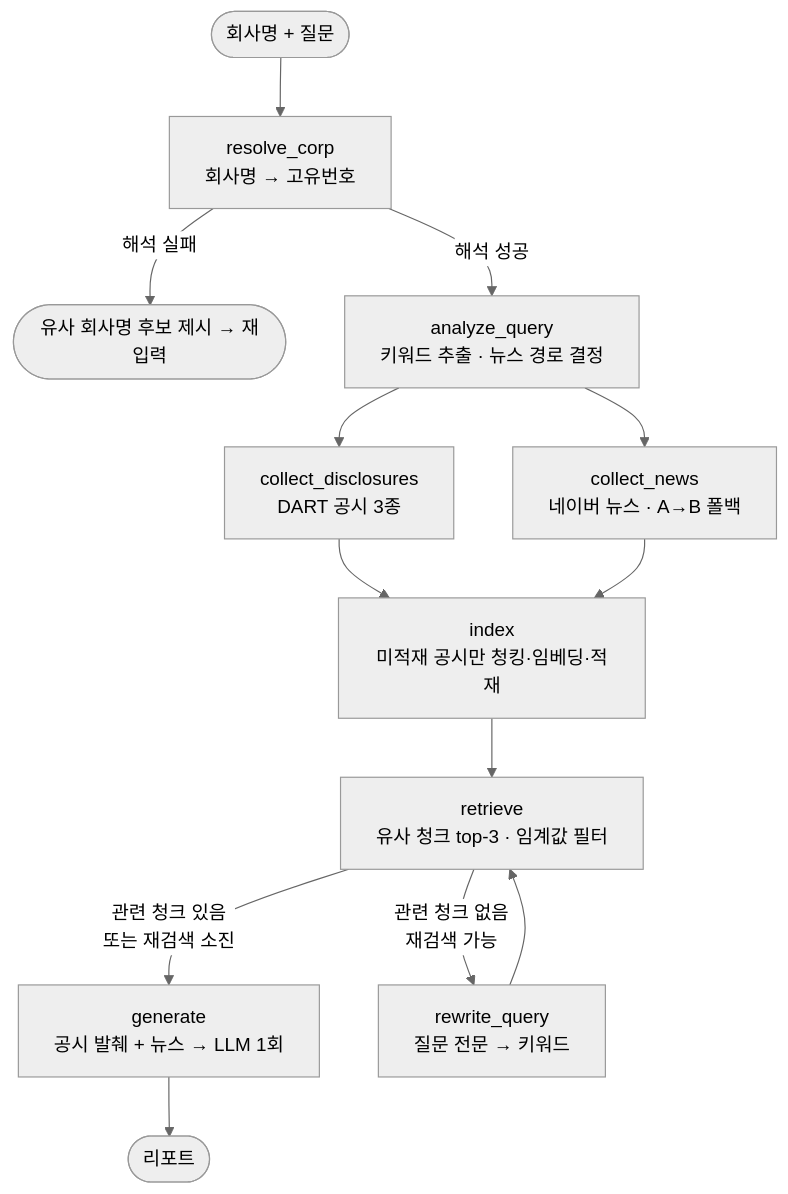
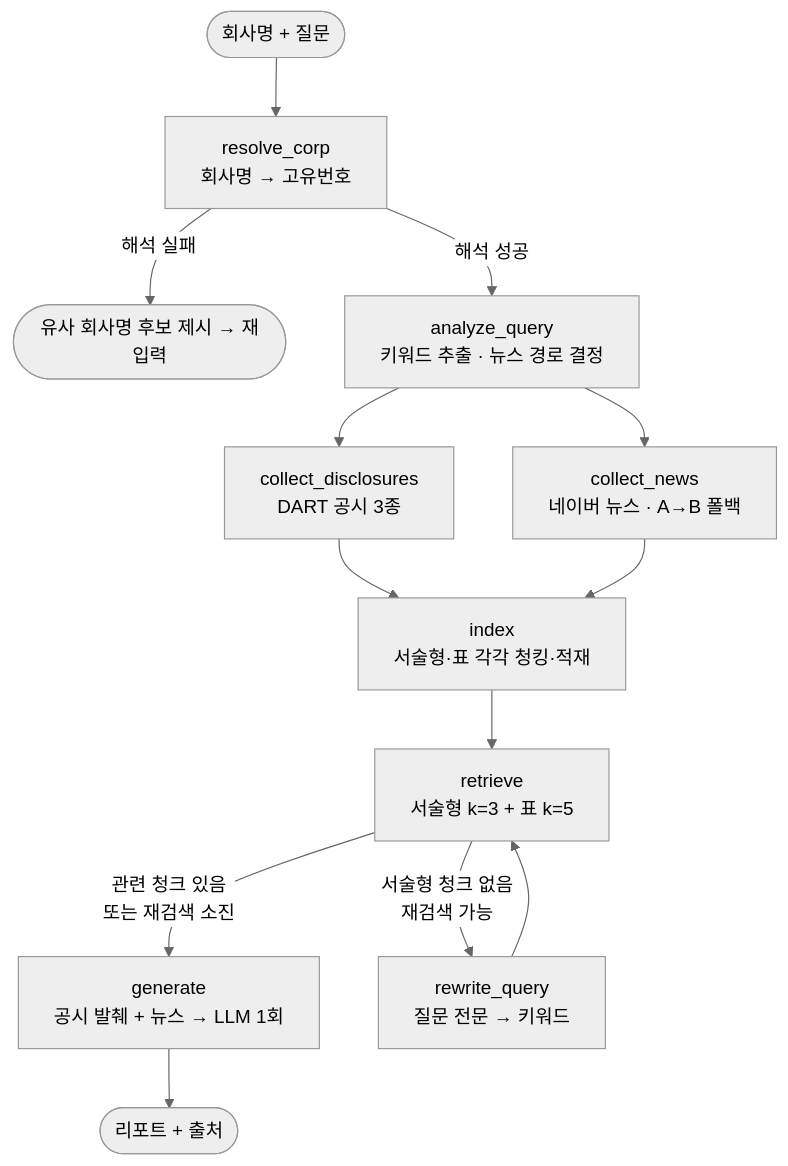
Before and after one commit to KIMHyunSoo98/ComIn-Project: the diagram in README.md, drawn with Mermaid (neutral theme). The commit also changed other lines of this file, not shown here.

````diff
--- a/README.md
+++ b/README.md
@@ -27,17 +63,17 @@
 ```mermaid
 flowchart TD
     START([회사명 + 질문]) --> resolve[resolve_corp<br/>회사명 → 고유번호]
     resolve -->|해석 실패| cand([유사 회사명 후보 제시 → 재입력])
     resolve -->|해석 성공| analyze[analyze_query<br/>키워드 추출 · 뉴스 경로 결정]
 
     analyze --> disc[collect_disclosures<br/>DART 공시 3종]
     analyze --> news[collect_news<br/>네이버 뉴스 · A→B 폴백]
-    disc --> index[index<br/>미적재 공시만 청킹·임베딩·적재]
+    disc --> index[index<br/>서술형·표 각각 청킹·적재]
     news --> index
 
-    index --> retrieve[retrieve<br/>유사 청크 top-3 · 임계값 필터]
+    index --> retrieve[retrieve<br/>서술형 k=3 + 표 k=5]
     retrieve -->|관련 청크 있음<br/>또는 재검색 소진| generate[generate<br/>공시 발췌 + 뉴스 → LLM 1회]
-    retrieve -->|관련 청크 없음<br/>재검색 가능| rewrite[rewrite_query<br/>질문 전문 → 키워드]
+    retrieve -->|서술형 청크 없음<br/>재검색 가능| rewrite[rewrite_query<br/>질문 전문 → 키워드]
     rewrite --> retrieve
-    generate --> OUT([리포트])
+    generate --> OUT([리포트 + 출처])
 ```
````
